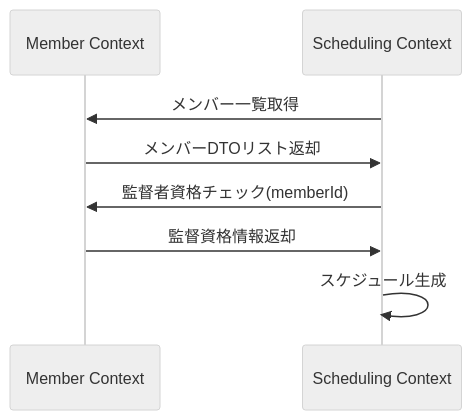
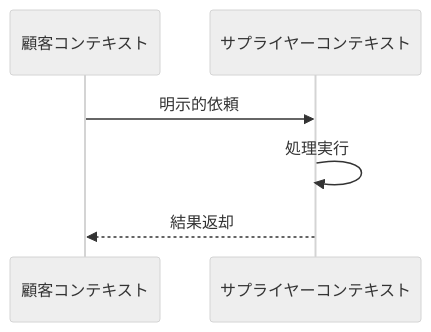
Before and after one commit to NowatariSoma/tomosigoto_nou_system: diagram 11 of 15 in 設計書/03_バウンデッドコンテキスト.md, drawn with Mermaid (neutral theme). The commit also changed other lines of this file and 12 other files, not shown here.

````diff
--- a/設計書/03_バウンデッドコンテキスト.md
+++ b/設計書/03_バウンデッドコンテキスト.md
@@ -289,13 +491,9 @@
 ```mermaid
 sequenceDiagram
-    participant M as Member Context
-    participant S as Scheduling Context
+    participant Customer as 顧客コンテキスト
+    participant Supplier as サプライヤーコンテキスト
     
-    S->>M: メンバー一覧取得
-    M->>S: メンバーDTOリスト返却
-    
-    S->>M: 監督者資格チェック(memberId)
-    M->>S: 監督資格情報返却
-    
-    S->>S: スケジュール生成
+    Customer->>Supplier: 明示的依頼
+    Supplier->>Supplier: 処理実行
+    Supplier-->>Customer: 結果返却
 ```
````
